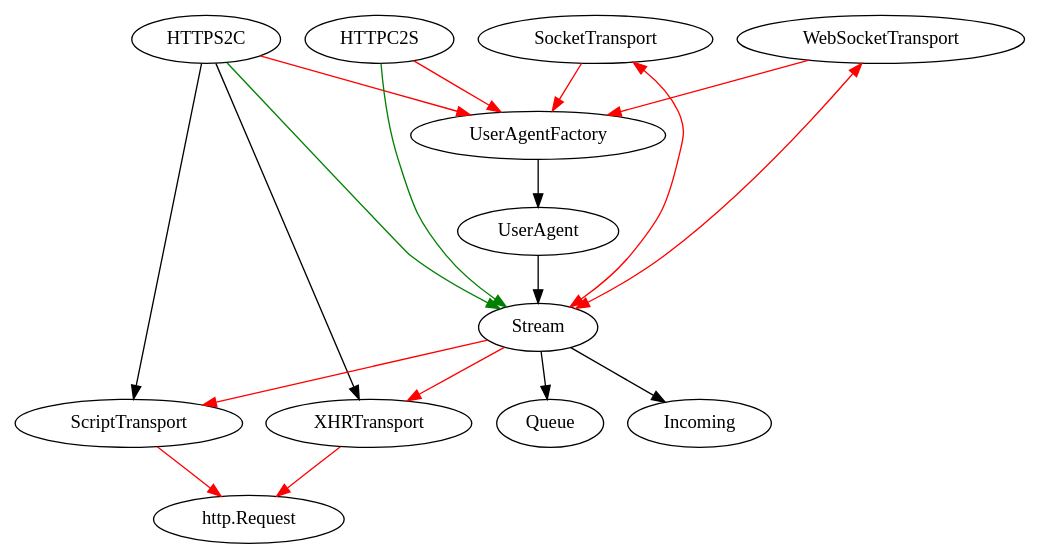
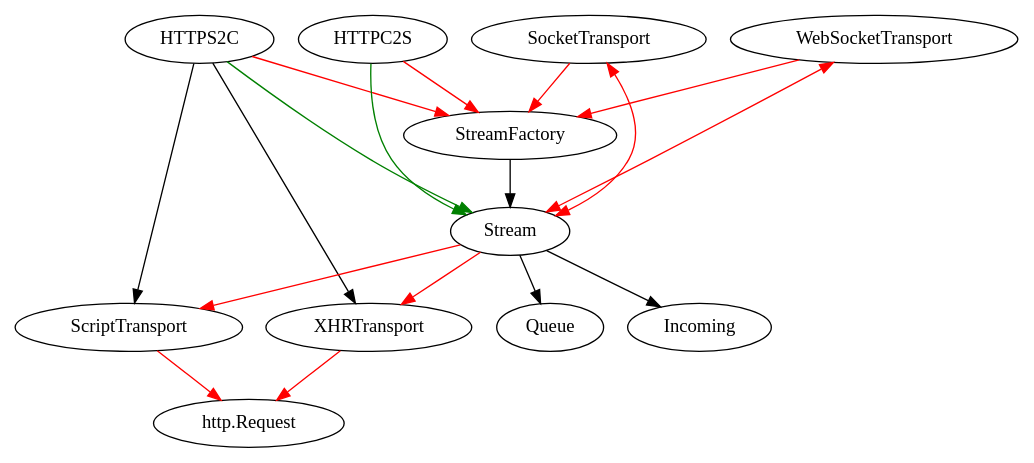
One commit to ludiosarchive/Minerva changed the diagram in docs/object_layout.dot. Above: the diagram before and after it, drawn with Graphviz.

Commit message:
object_layout.dot: update to match reality

```diff
--- a/docs/object_layout.dot
+++ b/docs/object_layout.dot
@@ -1,28 +1,27 @@
 /*
 
 Black arrow means "I instantiate this class (and possibly keep references to it)
 Red arrow means "I keep references to an object of this class"
 Green arrow means "I call methods on an object of this class but do not keep references to it"
 
 */
 
 digraph objects {
-  HTTPS2C -> UserAgentFactory [color=red];
+  HTTPS2C -> StreamFactory [color=red];
   HTTPS2C -> ScriptTransport;
   HTTPS2C -> Stream [color=green];
   HTTPS2C -> XHRTransport;
-  HTTPC2S -> UserAgentFactory [color=red];
+  HTTPC2S -> StreamFactory [color=red];
   HTTPC2S -> Stream [color=green];
-  SocketTransport -> UserAgentFactory [color=red];
+  SocketTransport -> StreamFactory [color=red];
   SocketTransport -> Stream [color=red, dir=both];
-  WebSocketTransport -> UserAgentFactory [color=red];
+  WebSocketTransport -> StreamFactory [color=red];
   WebSocketTransport -> Stream [color=red, dir=both];
   XHRTransport -> "http.Request" [color=red];
   ScriptTransport -> "http.Request" [color=red];
   Stream -> ScriptTransport [color=red];
   Stream -> XHRTransport [color=red];
-  UserAgentFactory -> UserAgent;
-  UserAgent -> Stream;
+  StreamFactory -> Stream;
   Stream -> Queue;
   Stream -> Incoming;
 }
```
